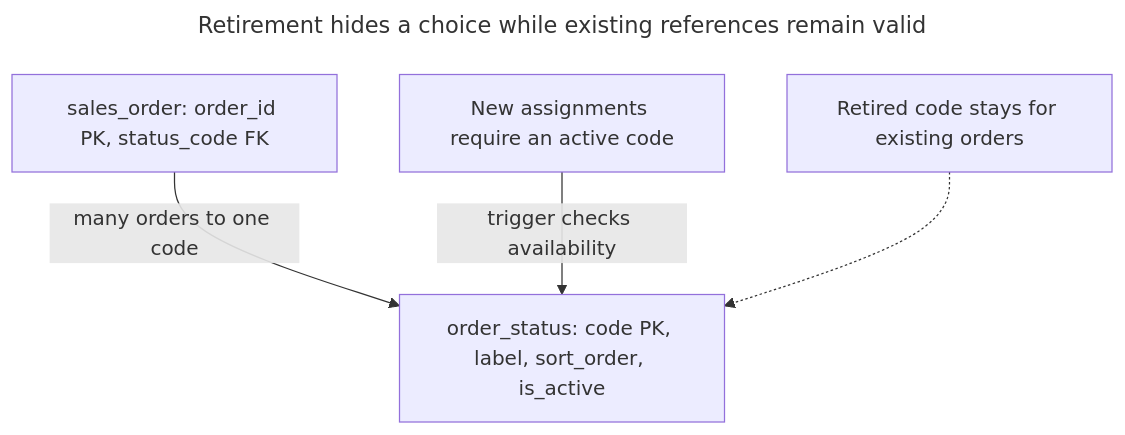
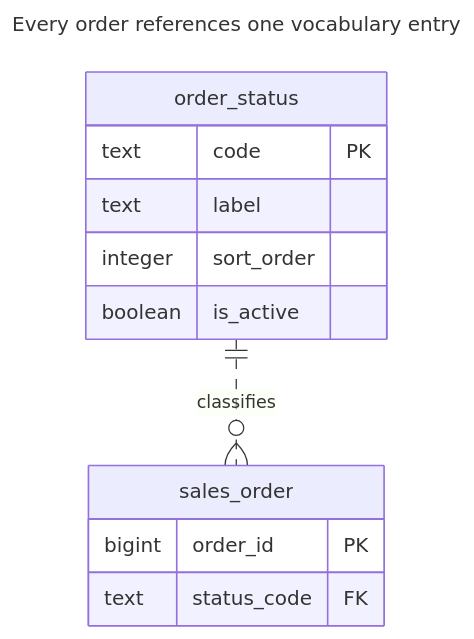
One commit to mokevnin/database-design-patterns changed the first of 5 diagrams in book/en/lookup-table.md. Above: the diagram before and after it, drawn with Mermaid. The commit also changed other lines of this file and 13 other files, not shown here.

First line of the commit message:
docs: add ER and other diagrams to the first fourteen chapters

````diff
--- a/book/en/lookup-table.md
+++ b/book/en/lookup-table.md
@@ -48,13 +48,19 @@
 ```mermaid
 ---
-title: Retirement hides a choice while existing references remain valid
+title: Every order references one vocabulary entry
 ---
-flowchart TB
-  orders["sales_order: order_id PK, status_code FK"]:::accent
-  codes["order_status: code PK, label, sort_order, is_active"]:::accent
-  choices["New assignments require an active code"]:::muted
-  retired["Retired code stays for existing orders"]:::warn
-  orders -->|many orders to one code| codes
-  choices -->|trigger checks availability| codes
-  retired -.-> codes
+erDiagram
+  order_status ||..o{ sales_order : "classifies"
+  order_status {
+    text code PK
+    text label
+    integer sort_order
+    boolean is_active
+  }
+  sales_order {
+    bigint order_id PK
+    text status_code FK
+  }
+  class order_status accent
+  class sales_order muted
 ```
````
